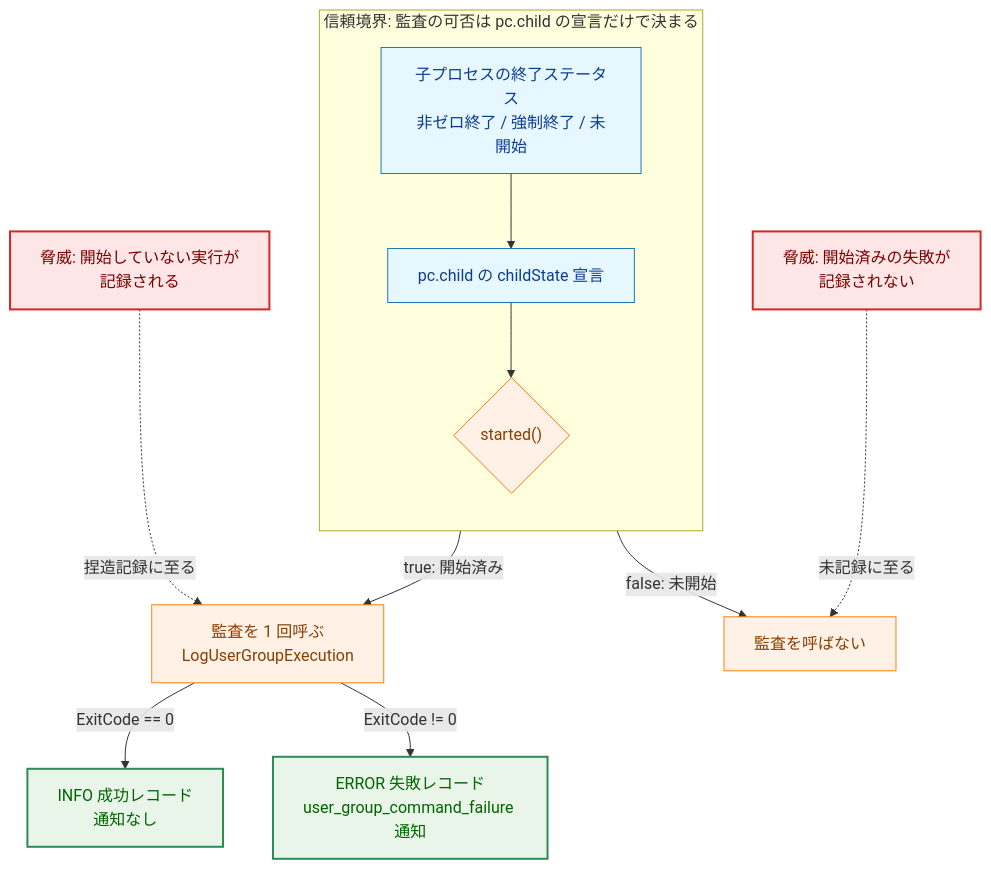
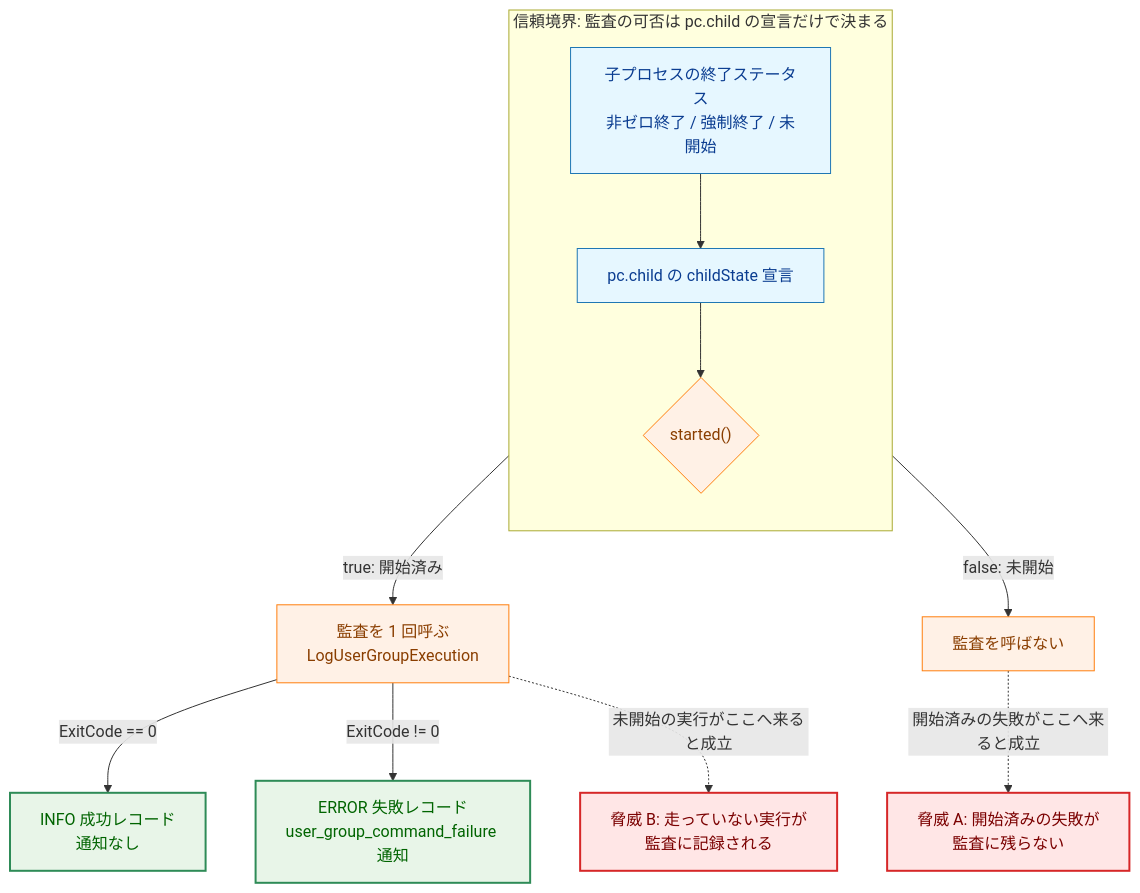
One commit to isseis/go-safe-cmd-runner changed the sixth of 7 diagrams in docs/tasks/0174_user_group_command_failure_audit_wiring/02_architecture.md. Above: the diagram before and after it, drawn with Mermaid. The commit also changed other lines of this file, not shown here.

Commit message:
docs(0174): clarify the threat-model diagram arrows

````diff
--- a/docs/tasks/0174_user_group_command_failure_audit_wiring/02_architecture.md
+++ b/docs/tasks/0174_user_group_command_failure_audit_wiring/02_architecture.md
@@ -325,28 +325,28 @@
 ```mermaid
 flowchart TD
     classDef data fill:#e6f7ff,stroke:#1f77b4,stroke-width:1px,color:#0b3d91;
     classDef process fill:#fff1e6,stroke:#ff7f0e,stroke-width:1px,color:#8a3e00;
     classDef enhanced fill:#e8f5e8,stroke:#2e8b57,stroke-width:2px,color:#006400;
     classDef problem fill:#ffe6e6,stroke:#d62728,stroke-width:2px,color:#7b0000;
 
     subgraph BOUNDARY["信頼境界: 監査の可否は pc.child の宣言だけで決まる"]
         direction TB
         TERM["子プロセスの終了ステータス<br>非ゼロ終了 / 強制終了 / 未開始"] --> CHILD["pc.child の childState 宣言"]
         CHILD --> STARTED{"started()"}
     end
 
     STARTED -->|"true: 開始済み"| RECORD["監査を 1 回呼ぶ<br>LogUserGroupExecution"]
     STARTED -->|"false: 未開始"| NORECORD["監査を呼ばない"]
 
     RECORD -->|"ExitCode == 0"| INFO["INFO 成功レコード<br>通知なし"]
     RECORD -->|"ExitCode != 0"| ERROR["ERROR 失敗レコード<br>user_group_command_failure 通知"]
 
-    THREAT1["脅威: 開始済みの失敗が<br>記録されない"] -.->|"未記録に至る"| NORECORD
-    THREAT2["脅威: 開始していない実行が<br>記録される"] -.->|"捏造記録に至る"| RECORD
+    NORECORD -.->|"開始済みの失敗がここへ来ると成立"| THREAT1["脅威 A: 開始済みの失敗が<br>監査に残らない"]
+    RECORD -.->|"未開始の実行がここへ来ると成立"| THREAT2["脅威 B: 走っていない実行が<br>監査に記録される"]
 
     class TERM,CHILD data
     class STARTED process
     class RECORD,NORECORD process
     class INFO,ERROR enhanced
     class THREAT1,THREAT2 problem
 ```
````
